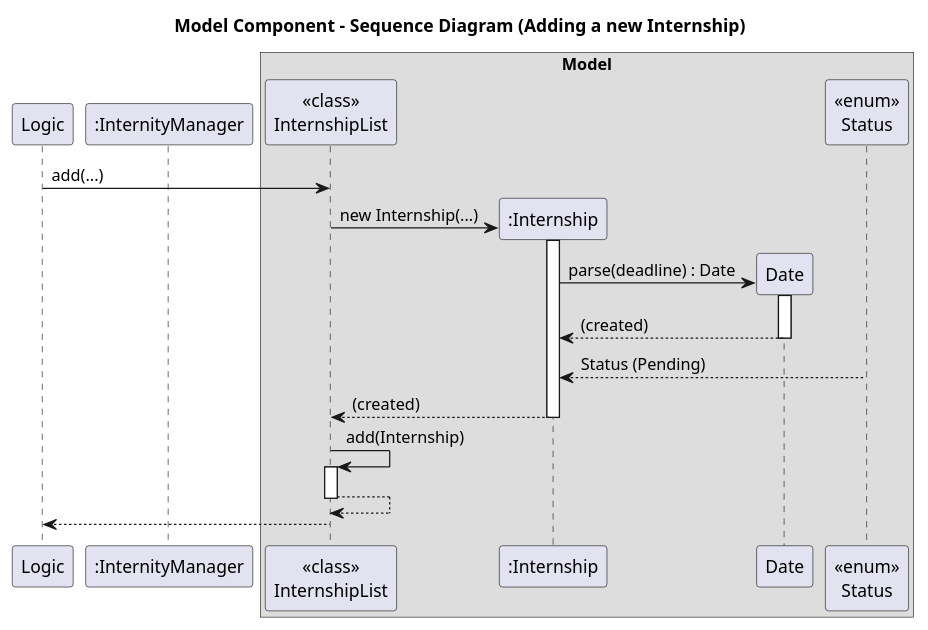
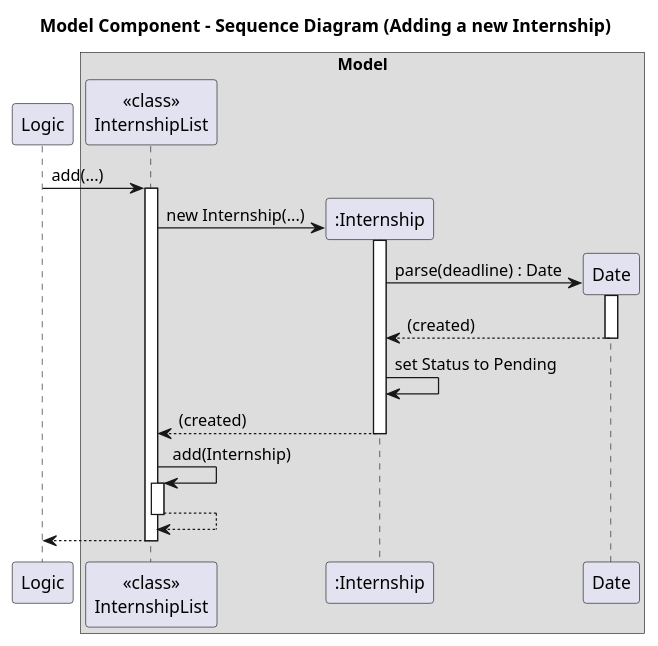
One commit to BenyAlbatross/tp changed the diagram in docs/diagrams/ModelComponentSD_Add.puml. Above: the diagram before and after it, drawn with PlantUML. The commit also changed 1 other file, not shown here.

Commit message:
update ModelComponent Add and Update SDs add activation bars for consistency remove unused classes

```diff
--- a/docs/diagrams/ModelComponentSD_Add.puml
+++ b/docs/diagrams/ModelComponentSD_Add.puml
@@ -1,49 +1,49 @@
 @startuml
 title Model Component - Sequence Diagram (Adding a new Internship)
 ' Model Component Sequence Diagram
 ' Shows interactions between Logic, Model, InternshipList, Internship, Date and Status
 ' Additional abstract components: Logic (parses commands) and Storage (persists data)
 '
 participant Logic as "Logic"
 
-participant Model as ":InternityManager"
 
 box Model
 participant InternshipList as "<<class>>\nInternshipList"
 participant Internship as ":Internship"
 participant Date as "Date"
-participant Status as "<<enum>>\nStatus"
 endbox
 
 ' --- Scenario 1: Adding a new internship ---
 ' User types an `add` command; Logic parses and hands off a semantic request to Model
 ' Model validates high-level constraints then delegates to the list component
 Logic -> InternshipList: add(...)
+activate InternshipList
 ' InternshipList constructs a new Internship object (calls constructor)
 create Internship
 InternshipList -> Internship: new Internship(...)
 activate Internship
 ' Internship object parses and stores a Date and Status internally
 create Date
 Internship -> Date: parse(deadline) : Date
 activate Date
 Date --> Internship: (created)
 deactivate Date
 
-Internship <-- Status: Status (Pending)
+Internship -> Internship : set Status to Pending
 ' Construction returns the Internship instance to InternshipList
 Internship --> InternshipList: (created)
 deactivate Internship
 
 ' InternshipList appends to internal collection
 
 InternshipList -> InternshipList: add(Internship)
 activate InternshipList
 
 ' After mutation, Model requests Storage to persist the updated list
 InternshipList --> InternshipList
 deactivate InternshipList
 
 Logic <-- InternshipList
+deactivate InternshipList
 
 @enduml
```
